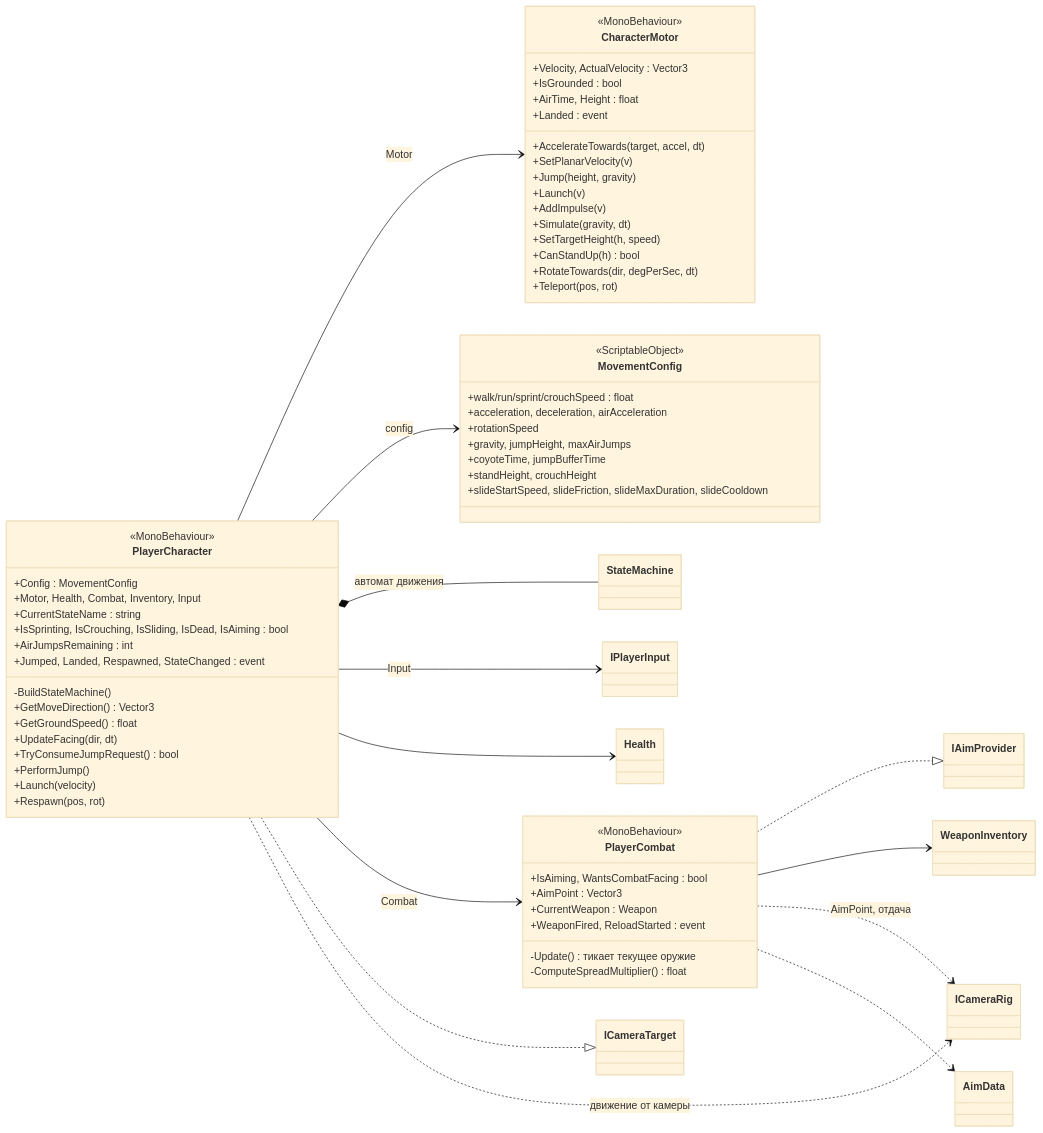
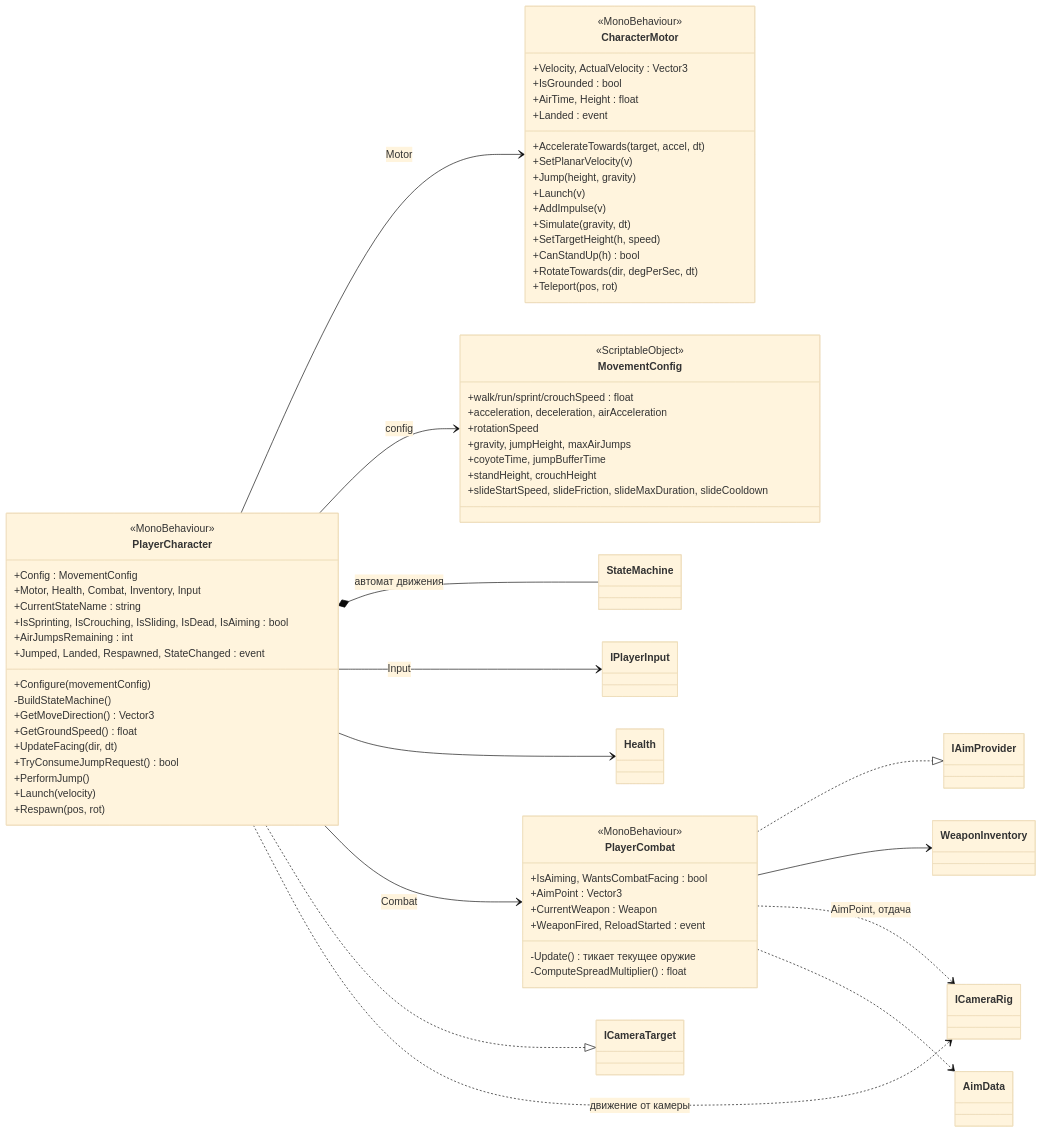
Before and after one commit to legatys/game: the fourth of 15 diagrams in Prod/Docs/UML.md, drawn with Mermaid (base theme). The commit also changed other lines of this file and 51 other files, not shown here.

````diff
--- a/Prod/Docs/UML.md
+++ b/Prod/Docs/UML.md
@@ -251,69 +258,70 @@
 ```mermaid
 classDiagram
     direction LR
     class MovementConfig {
         <<ScriptableObject>>
         +walk/run/sprint/crouchSpeed : float
         +acceleration, deceleration, airAcceleration
         +rotationSpeed
         +gravity, jumpHeight, maxAirJumps
         +coyoteTime, jumpBufferTime
         +standHeight, crouchHeight
         +slideStartSpeed, slideFriction, slideMaxDuration, slideCooldown
     }
     class CharacterMotor {
         <<MonoBehaviour>>
         +Velocity, ActualVelocity : Vector3
         +IsGrounded : bool
         +AirTime, Height : float
         +Landed : event
         +AccelerateTowards(target, accel, dt)
         +SetPlanarVelocity(v)
         +Jump(height, gravity)
         +Launch(v)
         +AddImpulse(v)
         +Simulate(gravity, dt)
         +SetTargetHeight(h, speed)
         +CanStandUp(h) bool
         +RotateTowards(dir, degPerSec, dt)
         +Teleport(pos, rot)
     }
     class PlayerCharacter {
         <<MonoBehaviour>>
         +Config : MovementConfig
         +Motor, Health, Combat, Inventory, Input
         +CurrentStateName : string
         +IsSprinting, IsCrouching, IsSliding, IsDead, IsAiming : bool
         +AirJumpsRemaining : int
         +Jumped, Landed, Respawned, StateChanged : event
+        +Configure(movementConfig)
         -BuildStateMachine()
         +GetMoveDirection() Vector3
         +GetGroundSpeed() float
         +UpdateFacing(dir, dt)
         +TryConsumeJumpRequest() bool
         +PerformJump()
         +Launch(velocity)
         +Respawn(pos, rot)
     }
     class PlayerCombat {
         <<MonoBehaviour>>
         +IsAiming, WantsCombatFacing : bool
         +AimPoint : Vector3
         +CurrentWeapon : Weapon
         +WeaponFired, ReloadStarted : event
         -Update() тикает текущее оружие
         -ComputeSpreadMultiplier() float
     }
     PlayerCharacter --> CharacterMotor : Motor
     PlayerCharacter --> MovementConfig : config
     PlayerCharacter *-- StateMachine : автомат движения
     PlayerCharacter --> IPlayerInput : Input
     PlayerCharacter --> Health
     PlayerCharacter --> PlayerCombat : Combat
     PlayerCharacter ..|> ICameraTarget
     PlayerCharacter ..> ICameraRig : движение от камеры
     PlayerCombat ..|> IAimProvider
     PlayerCombat --> WeaponInventory
     PlayerCombat ..> ICameraRig : AimPoint, отдача
     PlayerCombat ..> AimData
 ```
````
